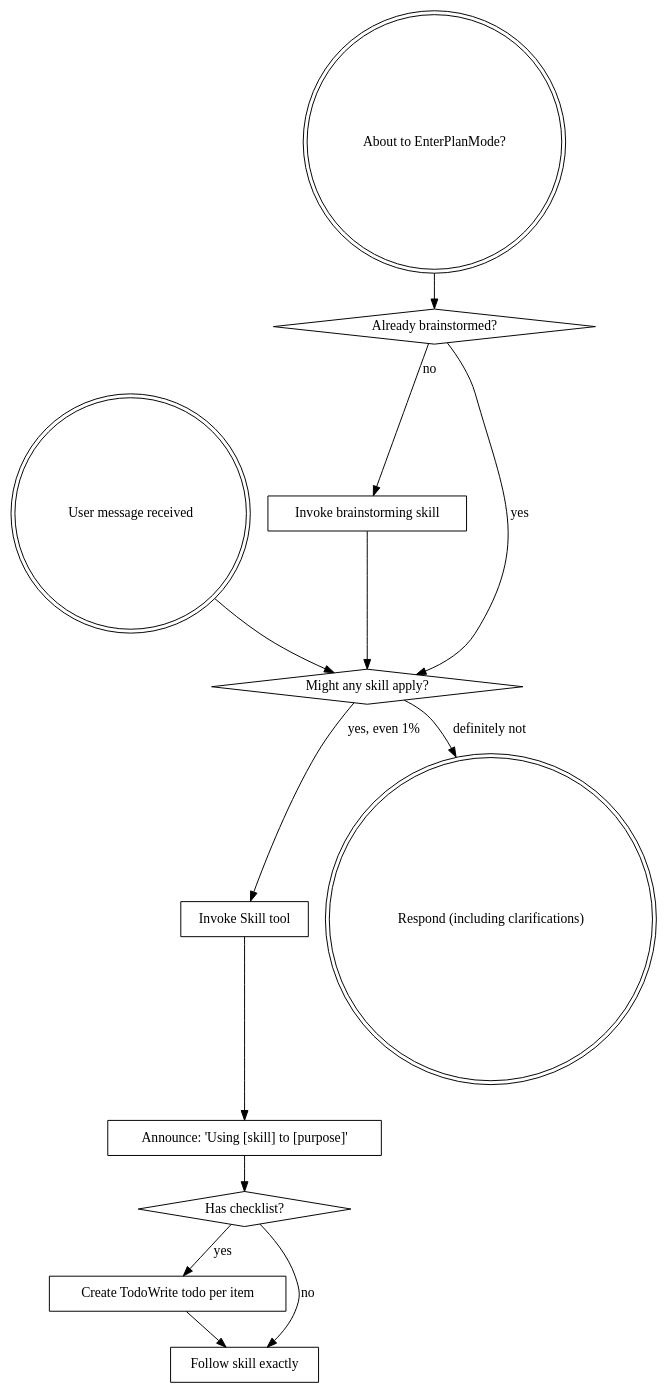
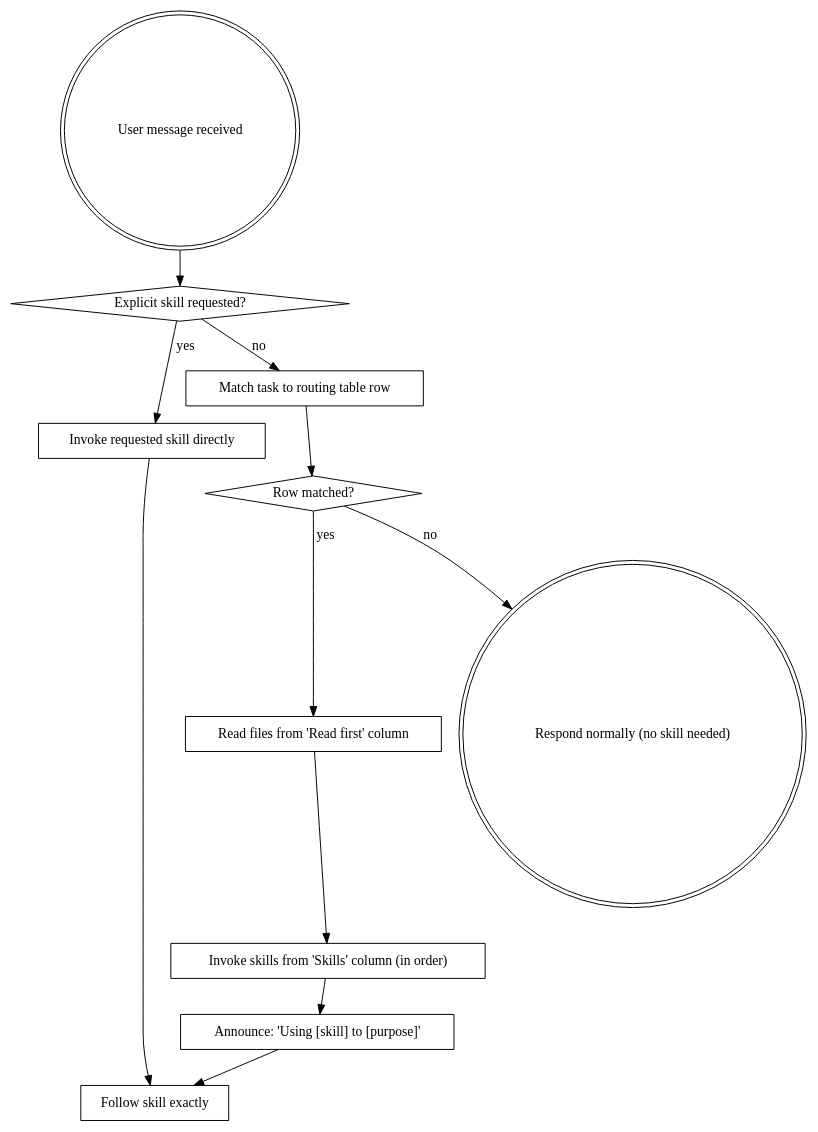
One commit to ethtrinh/lrt-rocm-workspace changed the diagram in skills/using-lrt/SKILL.md. Above: the diagram before and after it, drawn with Graphviz. The commit also changed other lines of this file and 16 other files, not shown here.

First line of the commit message:
Add three-layer routing architecture and clean up dead code

````diff
--- a/skills/using-lrt/SKILL.md
+++ b/skills/using-lrt/SKILL.md
@@ -38,29 +23,25 @@
 ```dot
-digraph skill_flow {
+digraph routing_flow {
     "User message received" [shape=doublecircle];
-    "About to EnterPlanMode?" [shape=doublecircle];
-    "Already brainstormed?" [shape=diamond];
-    "Invoke brainstorming skill" [shape=box];
-    "Might any skill apply?" [shape=diamond];
-    "Invoke Skill tool" [shape=box];
+    "Explicit skill requested?" [shape=diamond];
+    "Invoke requested skill directly" [shape=box];
+    "Match task to routing table row" [shape=box];
+    "Row matched?" [shape=diamond];
+    "Read files from 'Read first' column" [shape=box];
+    "Invoke skills from 'Skills' column (in order)" [shape=box];
     "Announce: 'Using [skill] to [purpose]'" [shape=box];
-    "Has checklist?" [shape=diamond];
-    "Create TodoWrite todo per item" [shape=box];
     "Follow skill exactly" [shape=box];
-    "Respond (including clarifications)" [shape=doublecircle];
+    "Respond normally (no skill needed)" [shape=doublecircle];
 
-    "About to EnterPlanMode?" -> "Already brainstormed?";
-    "Already brainstormed?" -> "Invoke brainstorming skill" [label="no"];
-    "Already brainstormed?" -> "Might any skill apply?" [label="yes"];
-    "Invoke brainstorming skill" -> "Might any skill apply?";
-
-    "User message received" -> "Might any skill apply?";
-    "Might any skill apply?" -> "Invoke Skill tool" [label="yes, even 1%"];
-    "Might any skill apply?" -> "Respond (including clarifications)" [label="definitely not"];
-    "Invoke Skill tool" -> "Announce: 'Using [skill] to [purpose]'";
-    "Announce: 'Using [skill] to [purpose]'" -> "Has checklist?";
-    "Has checklist?" -> "Create TodoWrite todo per item" [label="yes"];
-    "Has checklist?" -> "Follow skill exactly" [label="no"];
-    "Create TodoWrite todo per item" -> "Follow skill exactly";
+    "User message received" -> "Explicit skill requested?";
+    "Explicit skill requested?" -> "Invoke requested skill directly" [label="yes"];
+    "Invoke requested skill directly" -> "Follow skill exactly";
+    "Explicit skill requested?" -> "Match task to routing table row" [label="no"];
+    "Match task to routing table row" -> "Row matched?";
+    "Row matched?" -> "Read files from 'Read first' column" [label="yes"];
+    "Read files from 'Read first' column" -> "Invoke skills from 'Skills' column (in order)";
+    "Invoke skills from 'Skills' column (in order)" -> "Announce: 'Using [skill] to [purpose]'";
+    "Announce: 'Using [skill] to [purpose]'" -> "Follow skill exactly";
+    "Row matched?" -> "Respond normally (no skill needed)" [label="no"];
 }
 ```
````
